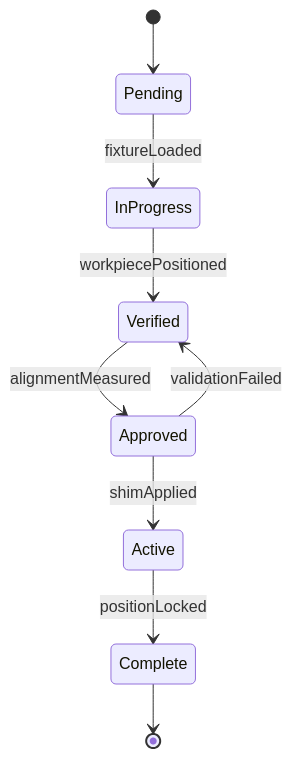
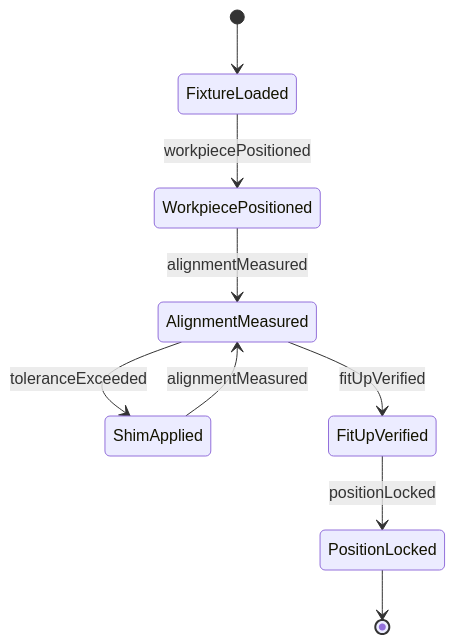
Before and after one commit to dot-org-ai/tasks.org.ai: the second of 4 diagrams in HandlingAndMovingObjects/PositionMaterialsOrComponentsForAssembly/AlignPartsWorkpiecesEnsureProper.mdx, drawn with Mermaid. The commit also changed other lines of this file and 515 other files, not shown here.

````diff
--- a/HandlingAndMovingObjects/PositionMaterialsOrComponentsForAssembly/AlignPartsWorkpiecesEnsureProper.mdx
+++ b/HandlingAndMovingObjects/PositionMaterialsOrComponentsForAssembly/AlignPartsWorkpiecesEnsureProper.mdx
@@ -97,11 +97,11 @@
 ```mermaid
 stateDiagram-v2
-    [*] --> Pending
-    Pending --> InProgress : fixtureLoaded
-    InProgress --> Verified : workpiecePositioned
-    Verified --> Approved : alignmentMeasured
-    Approved --> Active : shimApplied
-    Active --> Complete : positionLocked
-    Approved --> Verified : validationFailed
-    Complete --> [*]
+    [*] --> FixtureLoaded
+    FixtureLoaded --> WorkpiecePositioned : workpiecePositioned
+    WorkpiecePositioned --> AlignmentMeasured : alignmentMeasured
+    AlignmentMeasured --> ShimApplied : toleranceExceeded
+    ShimApplied --> AlignmentMeasured : alignmentMeasured
+    AlignmentMeasured --> FitUpVerified : fitUpVerified
+    FitUpVerified --> PositionLocked : positionLocked
+    PositionLocked --> [*]
 ```
````
